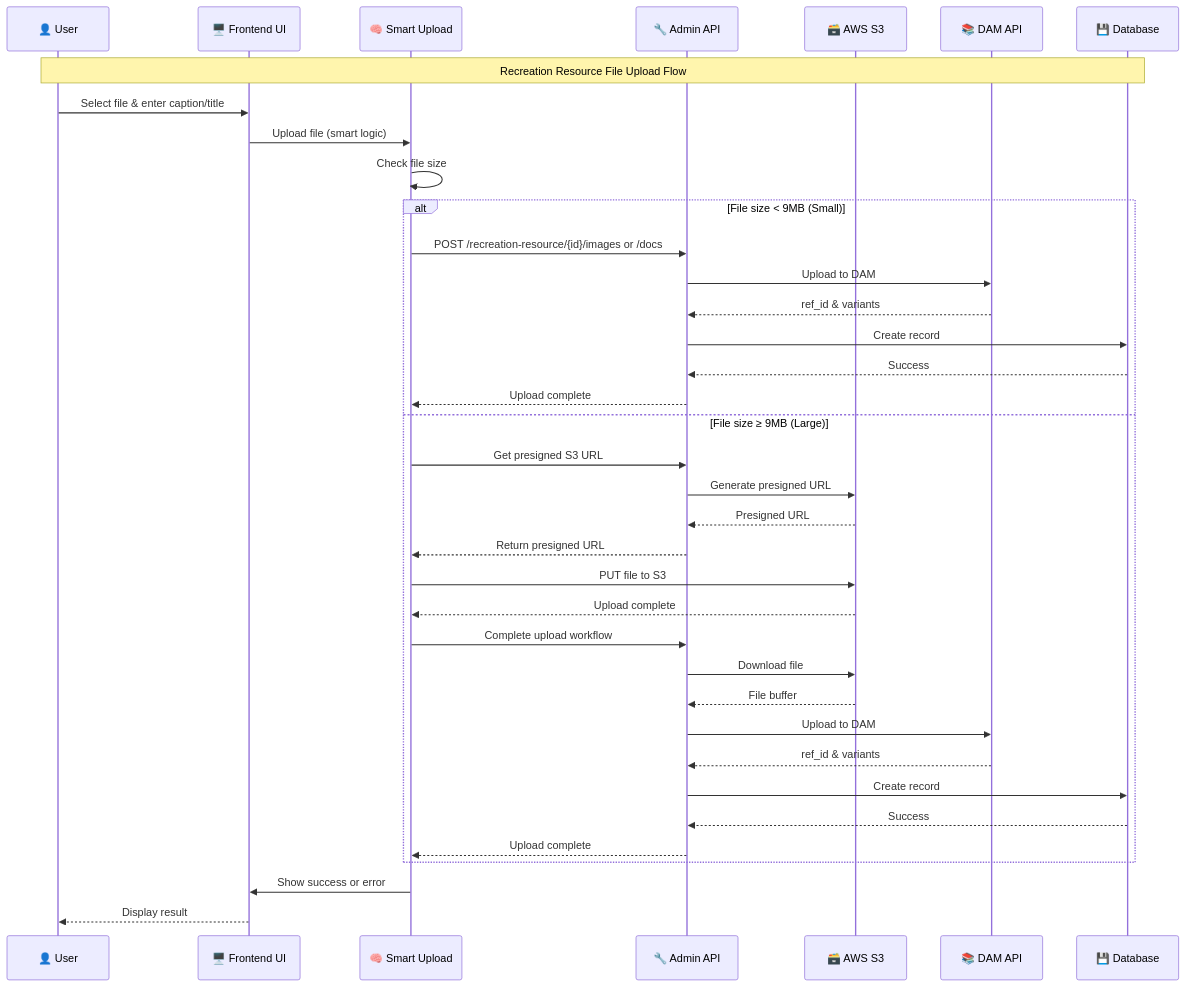
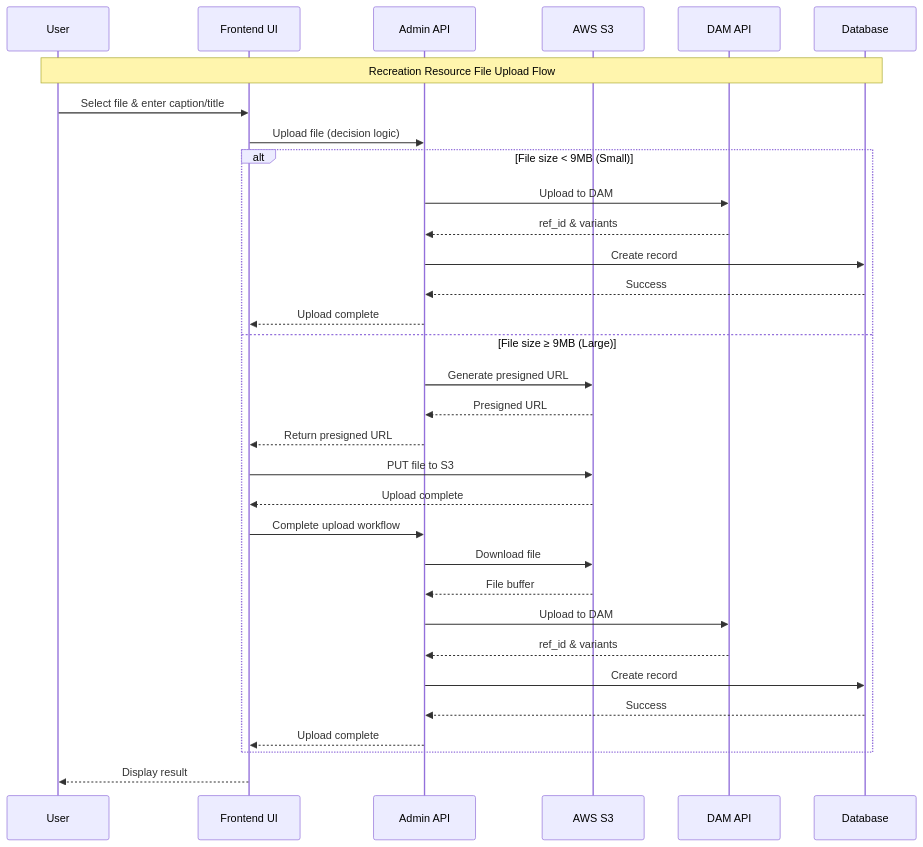
Before and after one commit to bcgov/nr-rec-resources: the diagram in admin/docs/upload-flow-sequence-diagram.md, drawn with Mermaid. The commit also changed 4 other files, not shown here.

````diff
--- a/admin/docs/upload-flow-sequence-diagram.md
+++ b/admin/docs/upload-flow-sequence-diagram.md
@@ -7,41 +7,36 @@
 ```mermaid
 sequenceDiagram
-    participant User as 👤 User
-    participant UI as 🖥️ Frontend UI
-    participant SmartUpload as 🧠 Smart Upload
-    participant AdminAPI as 🔧 Admin API
-    participant S3 as 🗃️ AWS S3
-    participant DAM as 📚 DAM API
-    participant Database as 💾 Database
+  participant User as User
+  participant UI as Frontend UI
+  participant AdminAPI as Admin API
+  participant S3 as AWS S3
+  participant DAM as DAM API
+  participant Database as Database
 
-    Note over User,Database: Recreation Resource File Upload Flow
+  Note over User,Database: Recreation Resource File Upload Flow
 
-    User->>UI: Select file & enter caption/title
-    UI->>SmartUpload: Upload file (smart logic)
-    SmartUpload->>SmartUpload: Check file size
-    alt File size < 9MB (Small)
-        SmartUpload->>AdminAPI: POST /recreation-resource/{id}/images or /docs
-        AdminAPI->>DAM: Upload to DAM
-        DAM-->>AdminAPI: ref_id & variants
-        AdminAPI->>Database: Create record
-        Database-->>AdminAPI: Success
-        AdminAPI-->>SmartUpload: Upload complete
-    else File size ≥ 9MB (Large)
-        SmartUpload->>AdminAPI: Get presigned S3 URL
-        AdminAPI->>S3: Generate presigned URL
-        S3-->>AdminAPI: Presigned URL
-        AdminAPI-->>SmartUpload: Return presigned URL
-        SmartUpload->>S3: PUT file to S3
-        S3-->>SmartUpload: Upload complete
-        SmartUpload->>AdminAPI: Complete upload workflow
-        AdminAPI->>S3: Download file
-        S3-->>AdminAPI: File buffer
-        AdminAPI->>DAM: Upload to DAM
-        DAM-->>AdminAPI: ref_id & variants
-        AdminAPI->>Database: Create record
-        Database-->>AdminAPI: Success
-        AdminAPI-->>SmartUpload: Upload complete
-    end
-    SmartUpload->>UI: Show success or error
-    UI-->>User: Display result
+  User->>UI: Select file & enter caption/title
+  UI->>AdminAPI: Upload file (decision logic)
+  alt File size < 9MB (Small)
+    AdminAPI->>DAM: Upload to DAM
+    DAM-->>AdminAPI: ref_id & variants
+    AdminAPI->>Database: Create record
+    Database-->>AdminAPI: Success
+    AdminAPI-->>UI: Upload complete
+  else File size ≥ 9MB (Large)
+    AdminAPI->>S3: Generate presigned URL
+    S3-->>AdminAPI: Presigned URL
+    AdminAPI-->>UI: Return presigned URL
+    UI->>S3: PUT file to S3
+    S3-->>UI: Upload complete
+    UI->>AdminAPI: Complete upload workflow
+    AdminAPI->>S3: Download file
+    S3-->>AdminAPI: File buffer
+    AdminAPI->>DAM: Upload to DAM
+    DAM-->>AdminAPI: ref_id & variants
+    AdminAPI->>Database: Create record
+    Database-->>AdminAPI: Success
+    AdminAPI-->>UI: Upload complete
+  end
+  UI-->>User: Display result
 ```
````
